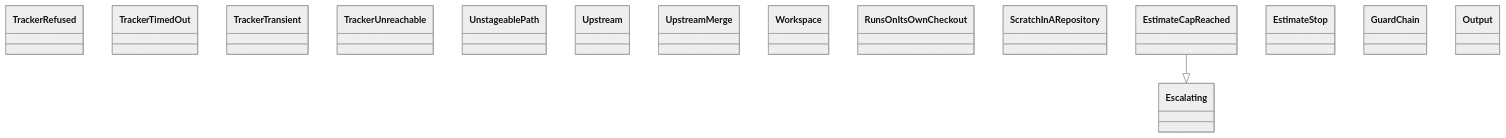
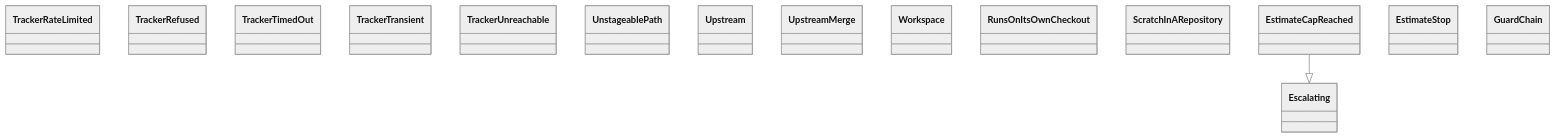
One commit to GonzaloZevallos/agentic-system changed the diagram in docs/architecture/generated/classes-process-application-support-7.md. Above: the diagram before and after it, drawn with Mermaid (neutral theme). The commit also changed other lines of this file and 11 other files, not shown here.

````diff
--- a/docs/architecture/generated/classes-process-application-support-7.md
+++ b/docs/architecture/generated/classes-process-application-support-7.md
@@ -20,19 +20,19 @@
 ```mermaid
 classDiagram
+    class ports__TrackerRateLimited["TrackerRateLimited"]
     class ports__TrackerRefused["TrackerRefused"]
     class ports__TrackerTimedOut["TrackerTimedOut"]
     class ports__TrackerTransient["TrackerTransient"]
     class ports__TrackerUnreachable["TrackerUnreachable"]
     class ports__UnstageablePath["UnstageablePath"]
     class ports__Upstream["Upstream"]
     class ports__UpstreamMerge["UpstreamMerge"]
     class ports__Workspace["Workspace"]
     class preflight__RunsOnItsOwnCheckout["RunsOnItsOwnCheckout"]
     class preflight__ScratchInARepository["ScratchInARepository"]
     class run_role__Escalating["Escalating"]
     class run_role__EstimateCapReached["EstimateCapReached"]
     class run_role__EstimateStop["EstimateStop"]
     class run_role__GuardChain["GuardChain"]
-    class run_role__Output["Output"]
     run_role__EstimateCapReached --|> run_role__Escalating
 ```
````
